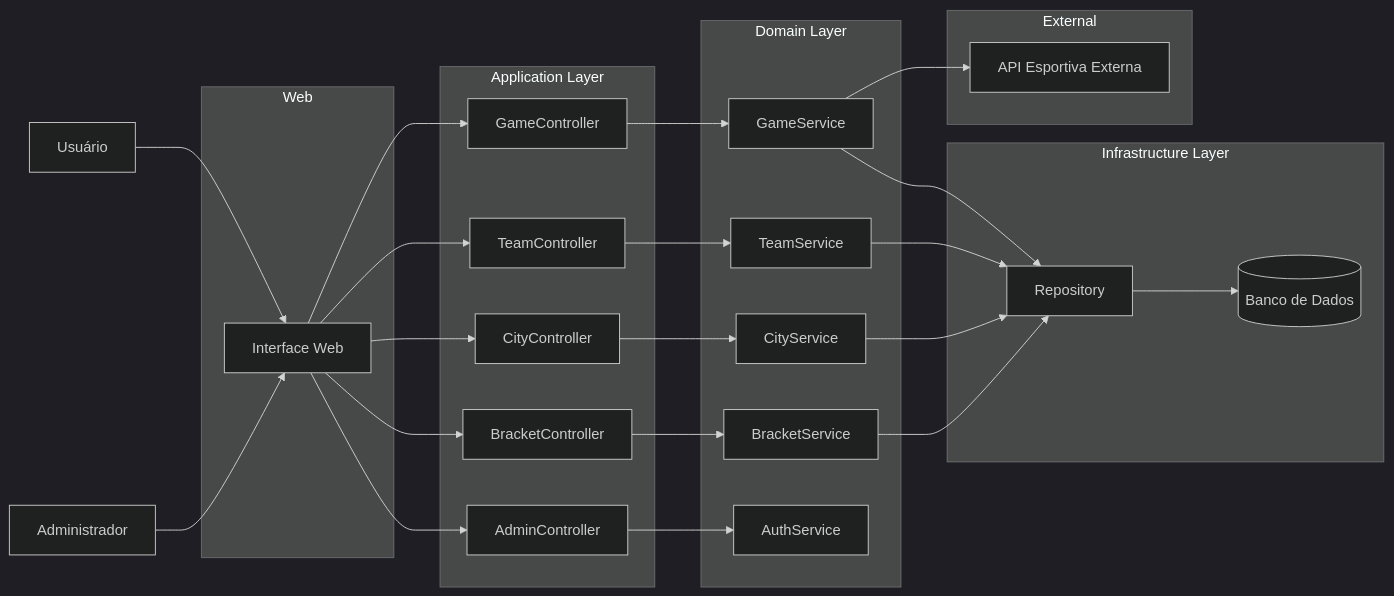
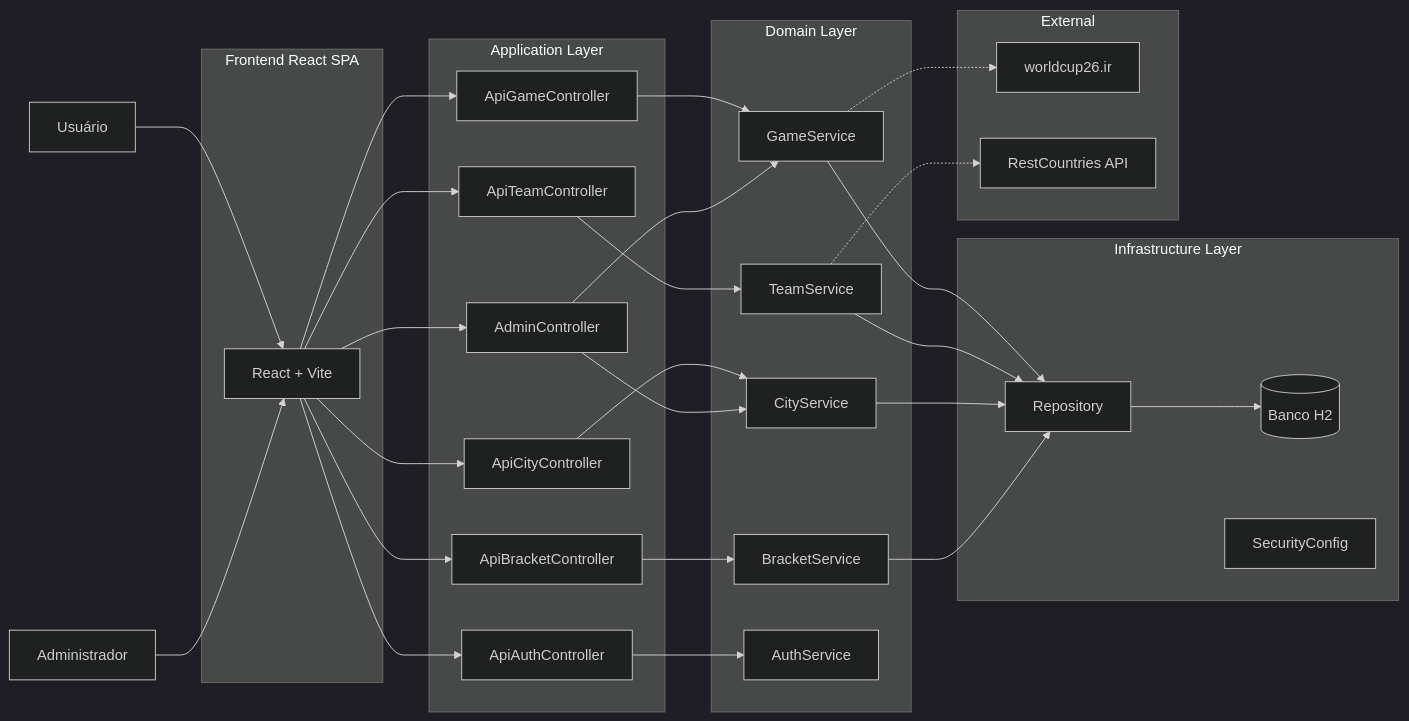
One commit to Drefus/TP-Eng-Soft changed the first of 5 diagrams in README.md. Above: the diagram before and after it, drawn with Mermaid (dark theme). The commit also changed other lines of this file and 1 other file, not shown here.

````diff
--- a/README.md
+++ b/README.md
@@ -98,59 +139,66 @@
-``` mermaid
+```mermaid
 flowchart LR
 
 User[Usuário]
 Admin[Administrador]
 
-subgraph Web
-    UI[Interface Web]
+subgraph Frontend React SPA
+    UI[React + Vite]
 end
 
 subgraph Application Layer
-    GameController
-    TeamController
-    CityController
-    BracketController
+    ApiGameController
+    ApiTeamController
+    ApiCityController
+    ApiBracketController
     AdminController
+    ApiAuthController
 end
 
 subgraph Domain Layer
     GameService
     TeamService
     CityService
     BracketService
     AuthService
 end
 
 subgraph Infrastructure Layer
-    Database[(Banco de Dados)]
+    Database[(Banco H2)]
     Repository
+    SecurityConfig
 end
 
 subgraph External
-    API[API Esportiva Externa]
+    WorldCupAPI[worldcup26.ir]
+    RestCountries[RestCountries API]
 end
 
 User --> UI
 Admin --> UI
 
-UI --> GameController
-UI --> TeamController
-UI --> CityController
-UI --> BracketController
+UI --> ApiGameController
+UI --> ApiTeamController
+UI --> ApiCityController
+UI --> ApiBracketController
 UI --> AdminController
+UI --> ApiAuthController
 
-GameController --> GameService
-TeamController --> TeamService
-CityController --> CityService
-BracketController --> BracketService
-AdminController --> AuthService
+ApiGameController --> GameService
+ApiTeamController --> TeamService
+ApiCityController --> CityService
+ApiBracketController --> BracketService
+AdminController --> GameService
+AdminController --> CityService
+ApiAuthController --> AuthService
 
 GameService --> Repository
 TeamService --> Repository
 CityService --> Repository
 BracketService --> Repository
 
 Repository --> Database
 
-GameService --> API
+GameService -.-> WorldCupAPI
+TeamService -.-> RestCountries
 ```
````
